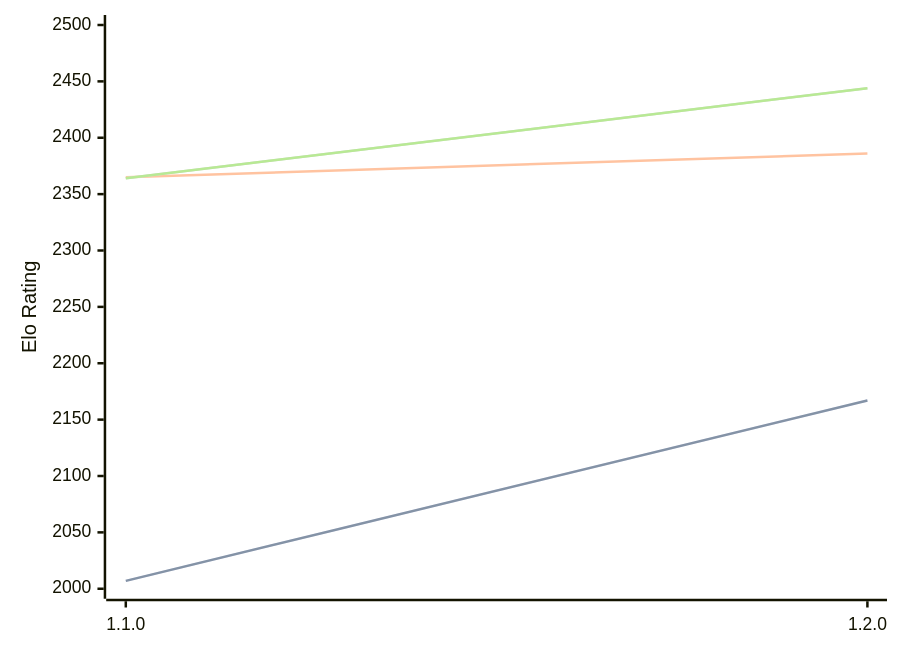
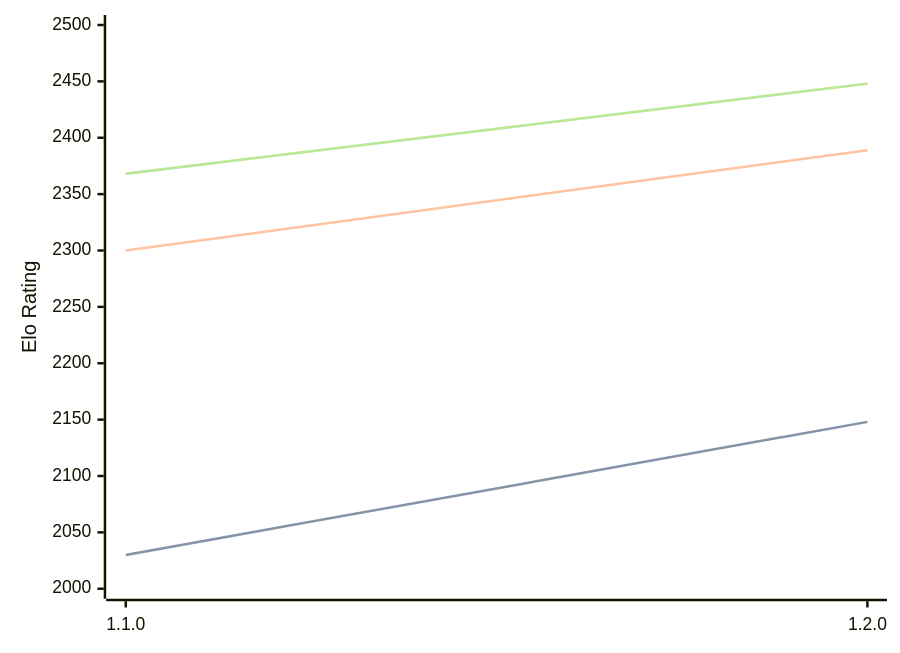
The diagram in engines/Gyatso.md (computer-chess-index/cci), drawn with Mermaid before and after one commit. The commit also changed other lines of this file, not shown here.

Commit message:
Update CCI Ratings (ELO VLTC) - 2026-02-24

````diff
--- a/engines/Gyatso.md
+++ b/engines/Gyatso.md
@@ -30,11 +30,11 @@
 ```mermaid
 %%{init: {"theme":"base","themeVariables":{"seriesColors:['#a3a3a3','#222221','#faa371']}}}%%
 xychart-beta
   x-axis ["1.1.0", "1.2.0"]
   y-axis "Elo Rating" 2000 --> 2500
-  line "STC (8.0+0.08s)" [2007, 2167]
-  line "STC (8.0+0.08s)" [2007, 2167]
-  line "LTC (60.0+0.60s)" [2365, 2386]
-  line "VLTC (2m24s+1.12s)" [2364, 2444]
-  line "VLTC (2m24s+1.12s)" [2364, 2444]
+  line "STC (8.0+0.08s)" [2030, 2148]
+  line "STC (8.0+0.08s)" [2030, 2148]
+  line "LTC (60.0+0.60s)" [2300, 2389]
+  line "VLTC (2m24s+1.12s)" [2368, 2448]
+  line "VLTC (2m24s+1.12s)" [2368, 2448]
 ```
````
